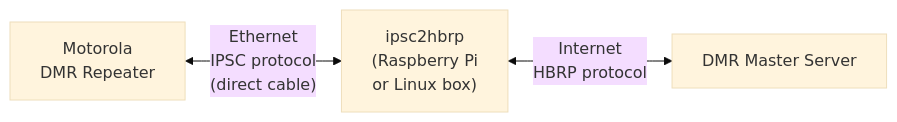
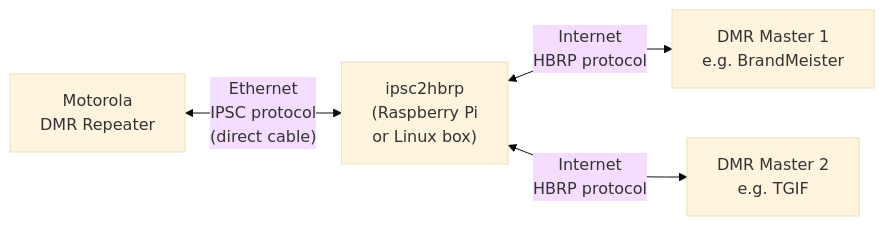
One commit to iu2tzo/ipsc2mmdvm changed the diagram in README.md. Above: the diagram before and after it, drawn with Mermaid (base theme). The commit also changed other lines of this file and 12 other files, not shown here.

Commit message:
Refactor HBRP configuration handling and implement rewrite rules for DMR packets

````diff
--- a/README.md
+++ b/README.md
@@ -11,6 +11,6 @@
 ```mermaid
 flowchart LR
     A["Motorola<br>DMR Repeater"] <-->|"Ethernet<br>IPSC protocol<br>(direct cable)"| B
-    B["ipsc2hbrp<br>(Raspberry Pi <br>or Linux box)"] <-->|"Internet<br>HBRP protocol"| C
-    C[DMR Master Server]
+    B["ipsc2hbrp<br>(Raspberry Pi <br>or Linux box)"] <-->|"Internet<br>HBRP protocol"| C[DMR Master 1<br>e.g. BrandMeister]
+    B <-->|"Internet<br>HBRP protocol"| D[DMR Master 2<br>e.g. TGIF]
 ```
````
